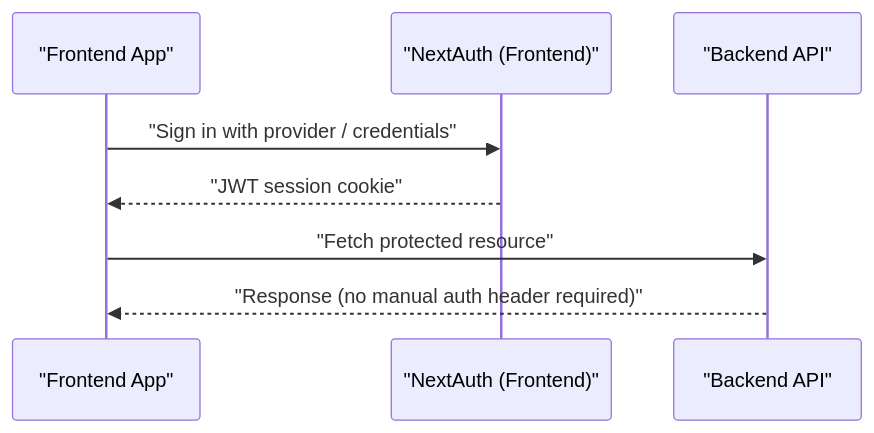
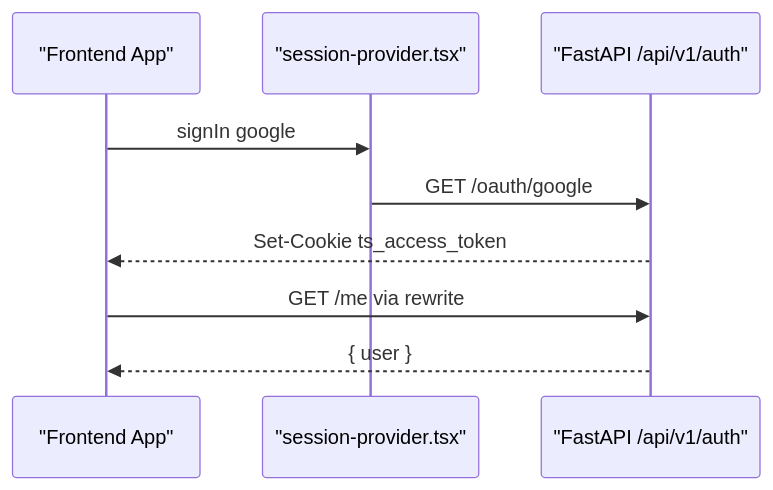
One commit to tashifkhan/tashif.codes changed the third of 11 diagrams in src/data/docs/talentsync/Backend API Reference/API Overview.md. Above: the diagram before and after it, drawn with Mermaid. The commit also changed other lines of this file and 2128 other files, not shown here.

First line of the commit message:
docs: replace raster diagram images with native Mermaid across project guides

````diff
--- a/src/data/docs/talentsync/Backend API Reference/API Overview.md
+++ b/src/data/docs/talentsync/Backend API Reference/API Overview.md
@@ -89,10 +84,11 @@
 ```mermaid
 sequenceDiagram
 participant FE as "Frontend App"
-participant NA as "NextAuth (Frontend)"
-participant BE as "Backend API"
-FE->>NA : "Sign in with provider / credentials"
-NA-->>FE : "JWT session cookie"
-FE->>BE : "Fetch protected resource"
-BE-->>FE : "Response (no manual auth header required)"
+participant SP as "session-provider.tsx"
+participant BE as "FastAPI /api/v1/auth"
+FE->>SP : signIn google
+SP->>BE : GET /oauth/google
+BE-->>FE : Set-Cookie ts_access_token
+FE->>BE : GET /me via rewrite
+BE-->>FE : { user }
 ```
````
